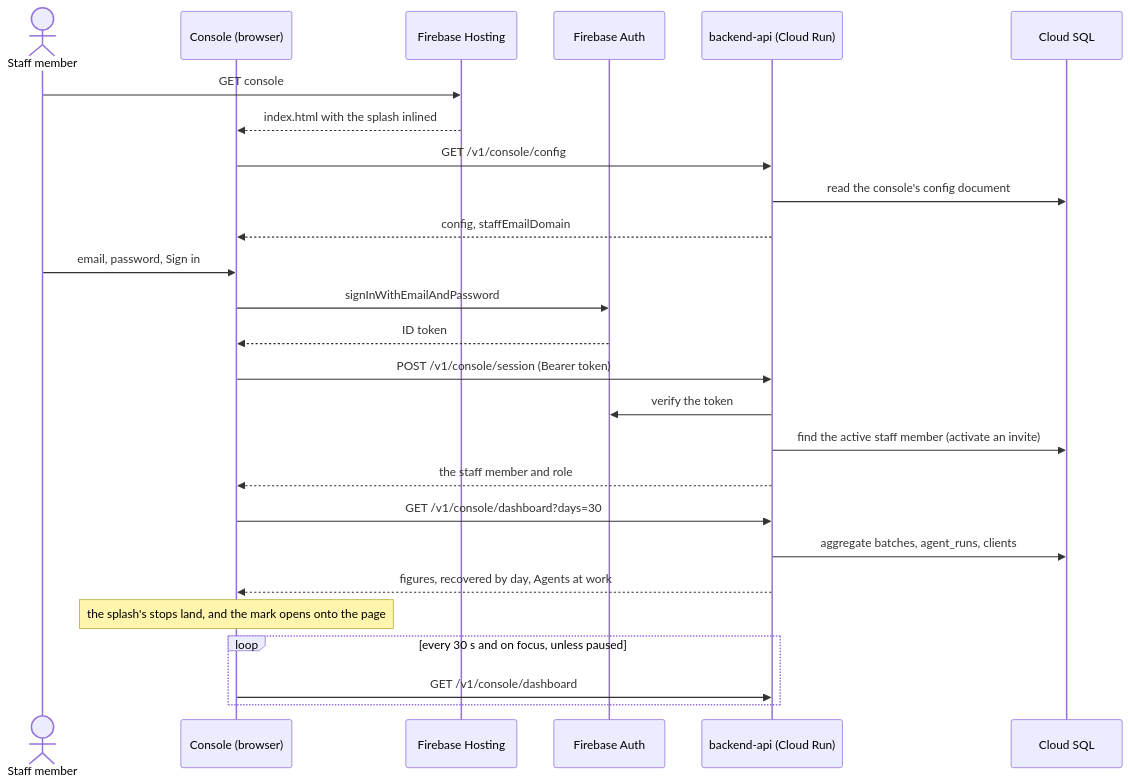
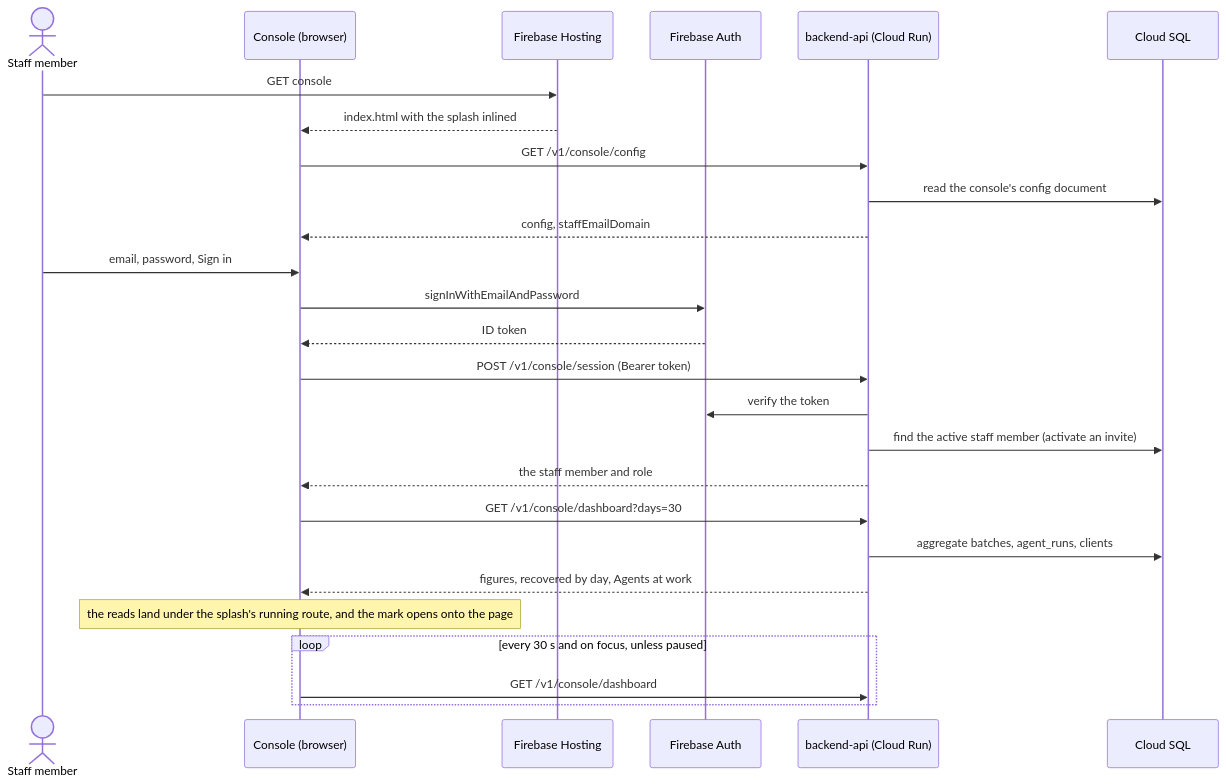
One commit to aibuilder2026/smart-clearance changed the eighth of 15 diagrams in ARCHITECTURE.md. Above: the diagram before and after it, drawn with Mermaid. The commit also changed other lines of this file and 45 other files, not shown here.

Commit message:
SC-131: option B, the route runs: the console's splash and the landing page's loader paint with the first bytes, carry the wait on the mark, and never cry wolf on a slow line

````diff
--- a/ARCHITECTURE.md
+++ b/ARCHITECTURE.md
@@ -510,29 +510,29 @@
 ```mermaid
 sequenceDiagram
   actor S as Staff member
   participant C as Console (browser)
   participant H as Firebase Hosting
   participant F as Firebase Auth
   participant A as backend-api (Cloud Run)
   participant D as Cloud SQL
 
   S->>H: GET console
   H-->>C: index.html with the splash inlined
   C->>A: GET /v1/console/config
   A->>D: read the console's config document
   A-->>C: config, staffEmailDomain
   S->>C: email, password, Sign in
   C->>F: signInWithEmailAndPassword
   F-->>C: ID token
   C->>A: POST /v1/console/session (Bearer token)
   A->>F: verify the token
   A->>D: find the active staff member (activate an invite)
   A-->>C: the staff member and role
   C->>A: GET /v1/console/dashboard?days=30
   A->>D: aggregate batches, agent_runs, clients
   A-->>C: figures, recovered by day, Agents at work
-  Note over C: the splash's stops land, and the mark opens onto the page
+  Note over C: the reads land under the splash's running route, and the mark opens onto the page
   loop every 30 s and on focus, unless paused
     C->>A: GET /v1/console/dashboard
   end
 ```
````
